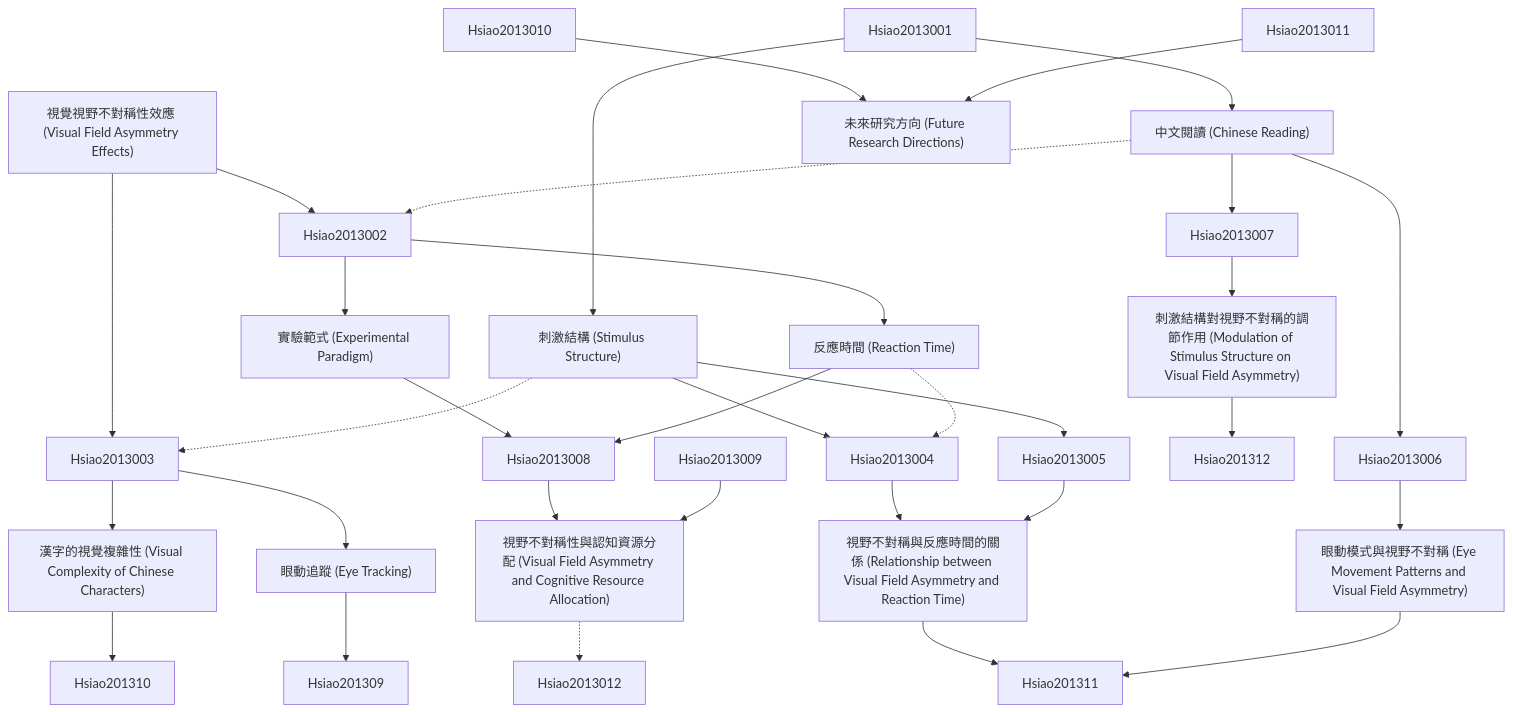
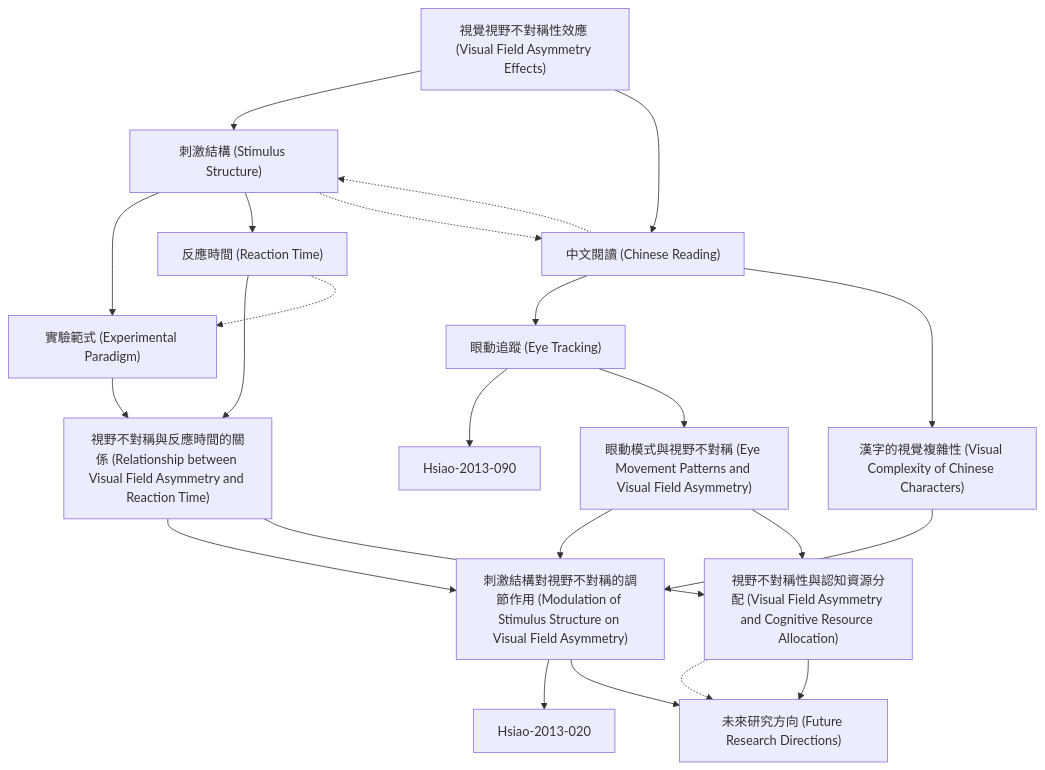
Before and after one commit to SCgeeker/Claude_Journal_Club_Agents: the diagram in output/zettelkasten_notes/zettel_Hsiao-2013_20251104/zettel_index.md, drawn with Mermaid. The commit also changed 776 other files, not shown here.

````diff
--- a/output/zettelkasten_notes/zettel_Hsiao-2013_20251104/zettel_index.md
+++ b/output/zettelkasten_notes/zettel_Hsiao-2013_20251104/zettel_index.md
@@ -116,66 +116,53 @@
 
     Hsiao-2013-012["未來研究方向 (Future Research Directions)"]
 
-    Hsiao-2013-001 --> Hsiao2013002
+    Hsiao-2013-001 --> Hsiao-2013-002
 
-    Hsiao-2013-001 --> Hsiao2013003
+    Hsiao-2013-001 --> Hsiao-2013-003
 
-    Hsiao2013001 --> Hsiao-2013-002
 
-    Hsiao-2013-002 --> Hsiao2013004
+    Hsiao-2013-002 --> Hsiao-2013-004
 
-    Hsiao-2013-002 --> Hsiao2013005
+    Hsiao-2013-002 --> Hsiao-2013-005
 
-    Hsiao-2013-002 -.-> Hsiao2013003
+    Hsiao-2013-002 -.-> Hsiao-2013-003
 
-    Hsiao2013001 --> Hsiao-2013-003
 
-    Hsiao-2013-003 --> Hsiao2013006
+    Hsiao-2013-003 --> Hsiao-2013-006
 
-    Hsiao-2013-003 --> Hsiao2013007
+    Hsiao-2013-003 --> Hsiao-2013-007
 
-    Hsiao-2013-003 -.-> Hsiao2013002
+    Hsiao-2013-003 -.-> Hsiao-2013-002
 
-    Hsiao2013002 --> Hsiao-2013-004
 
-    Hsiao-2013-004 --> Hsiao2013008
+    Hsiao-2013-004 --> Hsiao-2013-008
 
-    Hsiao2013002 --> Hsiao-2013-005
 
-    Hsiao-2013-005 --> Hsiao2013008
+    Hsiao-2013-005 --> Hsiao-2013-008
 
-    Hsiao-2013-005 -.-> Hsiao2013004
+    Hsiao-2013-005 -.-> Hsiao-2013-004
 
-    Hsiao2013003 --> Hsiao-2013-006
 
-    Hsiao-2013-006 --> Hsiao201309
+    Hsiao-2013-006 --> Hsiao-2013-090
 
-    Hsiao2013003 --> Hsiao-2013-007
+    Hsiao-2013-008 --> Hsiao-2013-010
 
-    Hsiao-2013-007 --> Hsiao201310
+    Hsiao-2013-006 --> Hsiao-2013-009
 
-    Hsiao2013004 --> Hsiao-2013-008
+    Hsiao-2013-009 --> Hsiao-2013-010
 
-    Hsiao2013005 --> Hsiao-2013-008
+    Hsiao-2013-007 --> Hsiao-2013-010
 
-    Hsiao-2013-008 --> Hsiao201311
+    Hsiao-2013-010 --> Hsiao-2013-020
 
-    Hsiao2013006 --> Hsiao-2013-009
+    Hsiao-2013-008 --> Hsiao-2013-011
 
-    Hsiao-2013-009 --> Hsiao201311
+    Hsiao-2013-009 --> Hsiao-2013-011
 
-    Hsiao2013007 --> Hsiao-2013-010
+    Hsiao-2013-011 -.-> Hsiao-2013-012
 
-    Hsiao-2013-010 --> Hsiao201312
+    Hsiao-2013-010 --> Hsiao-2013-012
 
-    Hsiao2013008 --> Hsiao-2013-011
-
-    Hsiao2013009 --> Hsiao-2013-011
-
-    Hsiao-2013-011 -.-> Hsiao2013012
-
-    Hsiao2013010 --> Hsiao-2013-012
-
-    Hsiao2013011 --> Hsiao-2013-012
+    Hsiao-2013-011 --> Hsiao-2013-012
 
 ```
````
